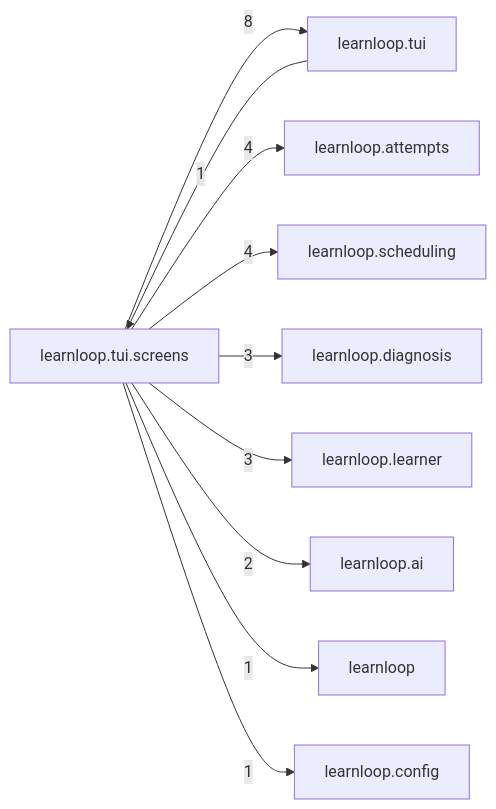
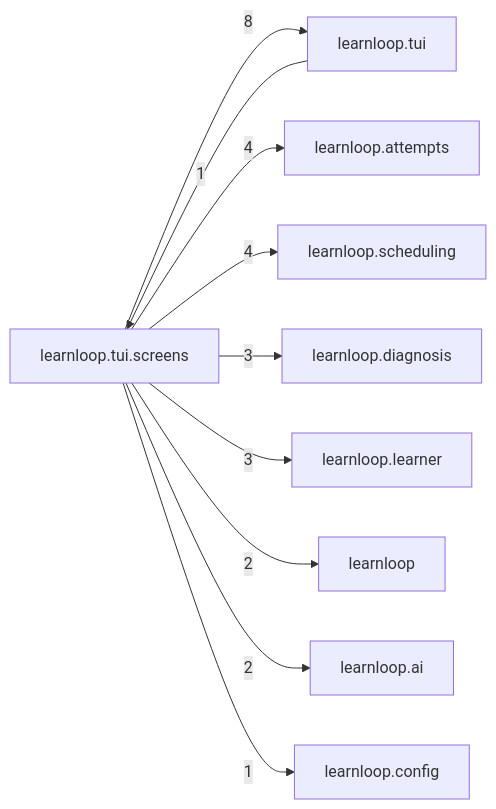
One commit to 6up-b/learnanything changed the diagram in docs/learnloop-architecture-vault/Reference/Modules/learnloop/tui/screens/_package.md. Above: the diagram before and after it, drawn with Mermaid. The commit also changed other lines of this file and 633 other files, not shown here.

````diff
--- a/docs/learnloop-architecture-vault/Reference/Modules/learnloop/tui/screens/_package.md
+++ b/docs/learnloop-architecture-vault/Reference/Modules/learnloop/tui/screens/_package.md
@@ -78,21 +78,21 @@
 ```mermaid
 flowchart LR
     center["learnloop.tui.screens"]
     n_learnloop_tui["learnloop.tui"]
     n_learnloop_attempts["learnloop.attempts"]
     n_learnloop_scheduling["learnloop.scheduling"]
     n_learnloop_diagnosis["learnloop.diagnosis"]
     n_learnloop_learner["learnloop.learner"]
+    n_learnloop["learnloop"]
     n_learnloop_ai["learnloop.ai"]
-    n_learnloop["learnloop"]
     n_learnloop_config["learnloop.config"]
     n_learnloop_tui -->|1| center
     center -->|8| n_learnloop_tui
     center -->|4| n_learnloop_attempts
     center -->|4| n_learnloop_scheduling
     center -->|3| n_learnloop_diagnosis
     center -->|3| n_learnloop_learner
+    center -->|2| n_learnloop
     center -->|2| n_learnloop_ai
-    center -->|1| n_learnloop
     center -->|1| n_learnloop_config
 ```
````
